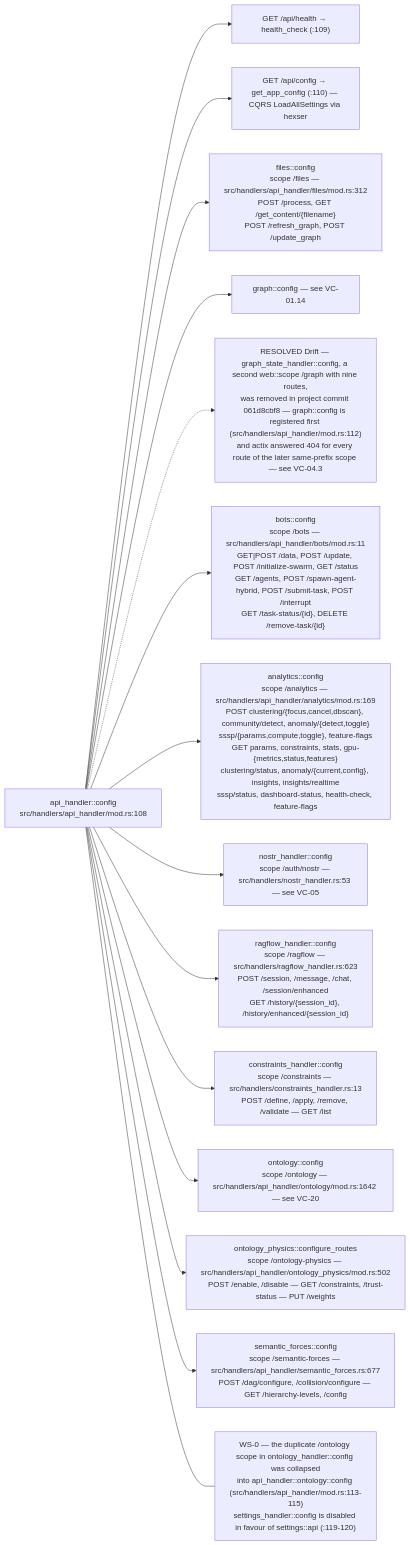
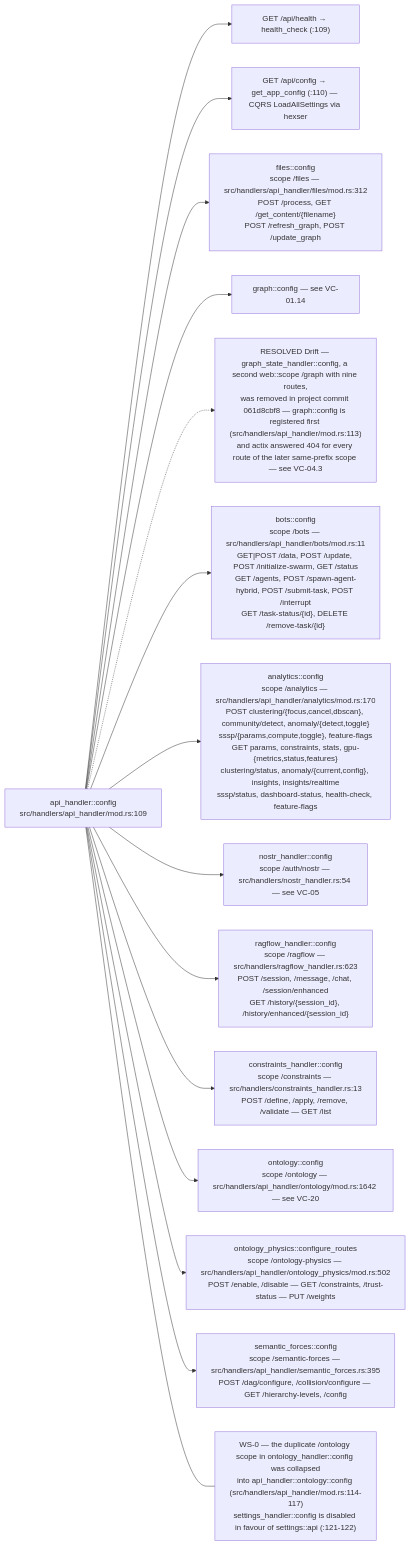
The ninth of 13 diagrams in docs/diagrams/visionclaw/01-boot-and-app-state.md (DreamLab-AI/VisionFlow), drawn with Mermaid before and after one commit. The commit also changed other lines of this file and 160 other files, not shown here.

````diff
--- a/docs/diagrams/visionclaw/01-boot-and-app-state.md
+++ b/docs/diagrams/visionclaw/01-boot-and-app-state.md
@@ -391,19 +399,19 @@
 ```mermaid
 flowchart LR
-    C["api_handler::config<br/>src/handlers/api_handler/mod.rs:108"]
+    C["api_handler::config<br/>src/handlers/api_handler/mod.rs:109"]
     C --> A1["GET /api/health → health_check (:109)"]
     C --> A2["GET /api/config → get_app_config (:110) — CQRS LoadAllSettings via hexser"]
     C --> F["files::config<br/>scope /files — src/handlers/api_handler/files/mod.rs:312<br/>POST /process, GET /get_content/{filename}<br/>POST /refresh_graph, POST /update_graph"]
     C --> G["graph::config — see VC-01.14"]
-    C -.-> GX["RESOLVED Drift — graph_state_handler::config, a second web::scope /graph with nine routes,<br/>was removed in project commit 061d8cbf8 — graph::config is registered first (src/handlers/api_handler/mod.rs:112)<br/>and actix answered 404 for every route of the later same-prefix scope — see VC-04.3"]
+    C -.-> GX["RESOLVED Drift — graph_state_handler::config, a second web::scope /graph with nine routes,<br/>was removed in project commit 061d8cbf8 — graph::config is registered first (src/handlers/api_handler/mod.rs:113)<br/>and actix answered 404 for every route of the later same-prefix scope — see VC-04.3"]
     C --> B["bots::config<br/>scope /bots — src/handlers/api_handler/bots/mod.rs:11<br/>GET|POST /data, POST /update, POST /initialize-swarm, GET /status<br/>GET /agents, POST /spawn-agent-hybrid, POST /submit-task, POST /interrupt<br/>GET /task-status/{id}, DELETE /remove-task/{id}"]
-    C --> AN["analytics::config<br/>scope /analytics — src/handlers/api_handler/analytics/mod.rs:169<br/>POST clustering/{focus,cancel,dbscan}, community/detect, anomaly/{detect,toggle}<br/>sssp/{params,compute,toggle}, feature-flags<br/>GET params, constraints, stats, gpu-{metrics,status,features}<br/>clustering/status, anomaly/{current,config}, insights, insights/realtime<br/>sssp/status, dashboard-status, health-check, feature-flags"]
-    C --> NO["nostr_handler::config<br/>scope /auth/nostr — src/handlers/nostr_handler.rs:53 — see VC-05"]
+    C --> AN["analytics::config<br/>scope /analytics — src/handlers/api_handler/analytics/mod.rs:170<br/>POST clustering/{focus,cancel,dbscan}, community/detect, anomaly/{detect,toggle}<br/>sssp/{params,compute,toggle}, feature-flags<br/>GET params, constraints, stats, gpu-{metrics,status,features}<br/>clustering/status, anomaly/{current,config}, insights, insights/realtime<br/>sssp/status, dashboard-status, health-check, feature-flags"]
+    C --> NO["nostr_handler::config<br/>scope /auth/nostr — src/handlers/nostr_handler.rs:54 — see VC-05"]
     C --> RF["ragflow_handler::config<br/>scope /ragflow — src/handlers/ragflow_handler.rs:623<br/>POST /session, /message, /chat, /session/enhanced<br/>GET /history/{session_id}, /history/enhanced/{session_id}"]
     C --> CO["constraints_handler::config<br/>scope /constraints — src/handlers/constraints_handler.rs:13<br/>POST /define, /apply, /remove, /validate — GET /list"]
     C --> ON["ontology::config<br/>scope /ontology — src/handlers/api_handler/ontology/mod.rs:1642 — see VC-20"]
     C --> OP["ontology_physics::configure_routes<br/>scope /ontology-physics — src/handlers/api_handler/ontology_physics/mod.rs:502<br/>POST /enable, /disable — GET /constraints, /trust-status — PUT /weights"]
-    C --> SF["semantic_forces::config<br/>scope /semantic-forces — src/handlers/api_handler/semantic_forces.rs:677<br/>POST /dag/configure, /collision/configure — GET /hierarchy-levels, /config"]
-    N["WS-0 — the duplicate /ontology scope in ontology_handler::config was collapsed<br/>into api_handler::ontology::config (src/handlers/api_handler/mod.rs:113-115)<br/>settings_handler::config is disabled in favour of settings::api (:119-120)"]
+    C --> SF["semantic_forces::config<br/>scope /semantic-forces — src/handlers/api_handler/semantic_forces.rs:395<br/>POST /dag/configure, /collision/configure — GET /hierarchy-levels, /config"]
+    N["WS-0 — the duplicate /ontology scope in ontology_handler::config was collapsed<br/>into api_handler::ontology::config (src/handlers/api_handler/mod.rs:114-117)<br/>settings_handler::config is disabled in favour of settings::api (:121-122)"]
     C --- N
 ```
````
